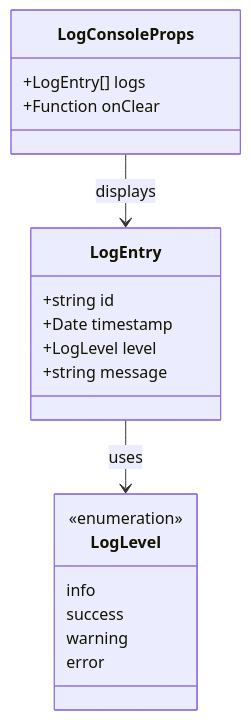
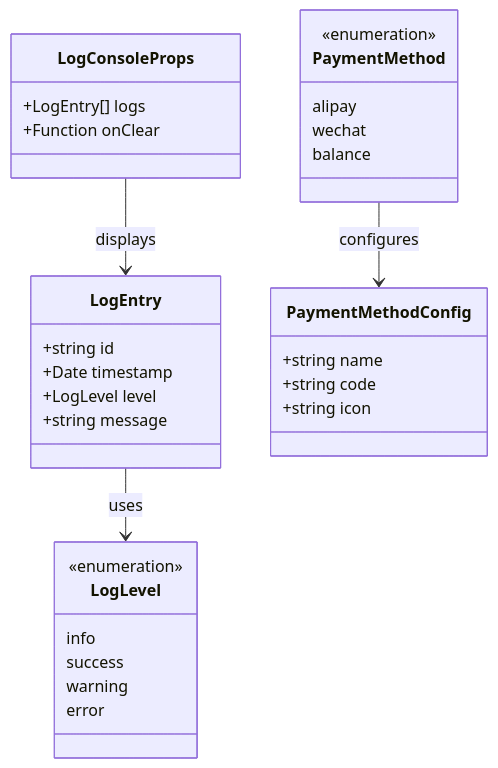
The second of 9 diagrams in .qoder/repowiki/zh/content/监控系统/实时日志系统.md (16499259-oss/GLM-sniper), drawn with Mermaid before and after one commit. The commit also changed other lines of this file and 3 other files, not shown here.

````diff
--- a/.qoder/repowiki/zh/content/监控系统/实时日志系统.md
+++ b/.qoder/repowiki/zh/content/监控系统/实时日志系统.md
@@ -88,22 +99,34 @@
 ```mermaid
 classDiagram
 class LogEntry {
 +string id
 +Date timestamp
 +LogLevel level
 +string message
 }
 class LogLevel {
 <<enumeration>>
 info
 success
 warning
 error
 }
+class PaymentMethod {
+<<enumeration>>
+alipay
+wechat
+balance
+}
 class LogConsoleProps {
 +LogEntry[] logs
 +Function onClear
 }
+class PaymentMethodConfig {
++string name
++string code
++string icon
+}
 LogEntry --> LogLevel : uses
 LogConsoleProps --> LogEntry : displays
+PaymentMethod --> PaymentMethodConfig : configures
 ```
````
